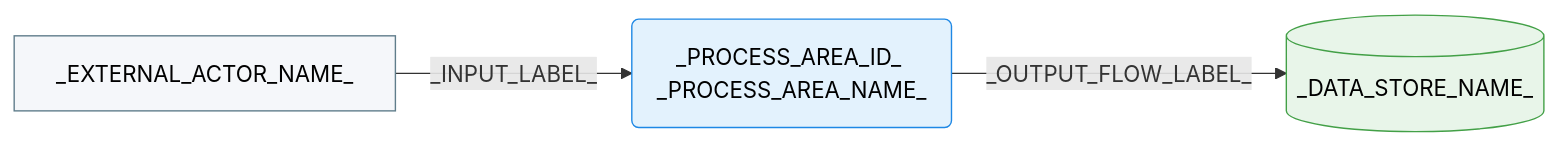
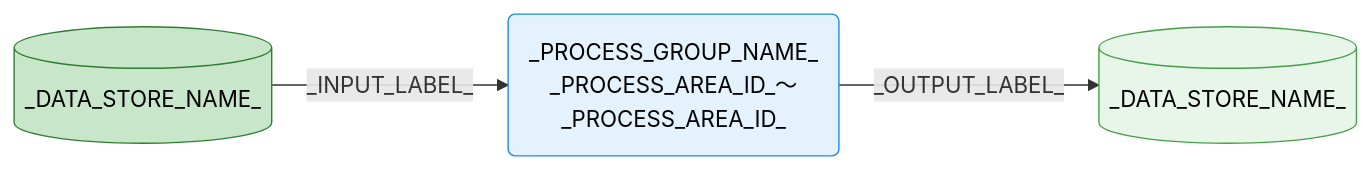
The first of 2 diagrams in docs/ja/specdojo/templates/cdfd-overview-template.md (specdojo/spec-dojo-handbook), drawn with Mermaid before and after one commit. The commit also changed other lines of this file and 2 other files, not shown here.

````diff
--- a/docs/ja/specdojo/templates/cdfd-overview-template.md
+++ b/docs/ja/specdojo/templates/cdfd-overview-template.md
@@ -82,19 +120,18 @@
 ```mermaid
 flowchart LR
   classDef process fill:#e3f2fd,stroke:#1e88e5,color:#000
-  classDef store fill:#e8f5e9,stroke:#43a047,color:#000
+  classDef storeMaster fill:#c8e6c9,stroke:#2e7d32,color:#000
+  classDef storeTransaction fill:#e8f5e9,stroke:#43a047,color:#000
   classDef actor fill:#f5f7fa,stroke:#607d8b,color:#000
 
-  _EXTERNAL_ACTOR_NODE_ID_["_EXTERNAL_ACTOR_NAME_"]
+  _PROCESS_GROUP_NODE_ID_("_PROCESS_GROUP_NAME_<br>_PROCESS_AREA_ID_〜_PROCESS_AREA_ID_")
+  _MASTER_STORE_NODE_ID_[("_DATA_STORE_NAME_")]
+  _TRANSACTION_STORE_NODE_ID_[("_DATA_STORE_NAME_")]
 
-  _PROCESS_AREA_NODE_ID_("_PROCESS_AREA_ID_ _PROCESS_AREA_NAME_")
+  _MASTER_STORE_NODE_ID_ -->|"_INPUT_LABEL_"| _PROCESS_GROUP_NODE_ID_
+  _PROCESS_GROUP_NODE_ID_ -->|"_OUTPUT_LABEL_"| _TRANSACTION_STORE_NODE_ID_
 
-  _DATA_STORE_NODE_ID_[("_DATA_STORE_NAME_")]
-
-  _EXTERNAL_ACTOR_NODE_ID_ -->|"_INPUT_LABEL_"| _PROCESS_AREA_NODE_ID_
-  _PROCESS_AREA_NODE_ID_ -->|"_OUTPUT_FLOW_LABEL_"| _DATA_STORE_NODE_ID_
-
-  class _PROCESS_AREA_NODE_ID_ process
-  class _DATA_STORE_NODE_ID_ store
-  class _EXTERNAL_ACTOR_NODE_ID_ actor
+  class _PROCESS_GROUP_NODE_ID_ process
+  class _MASTER_STORE_NODE_ID_ storeMaster
+  class _TRANSACTION_STORE_NODE_ID_ storeTransaction
 ```
````
